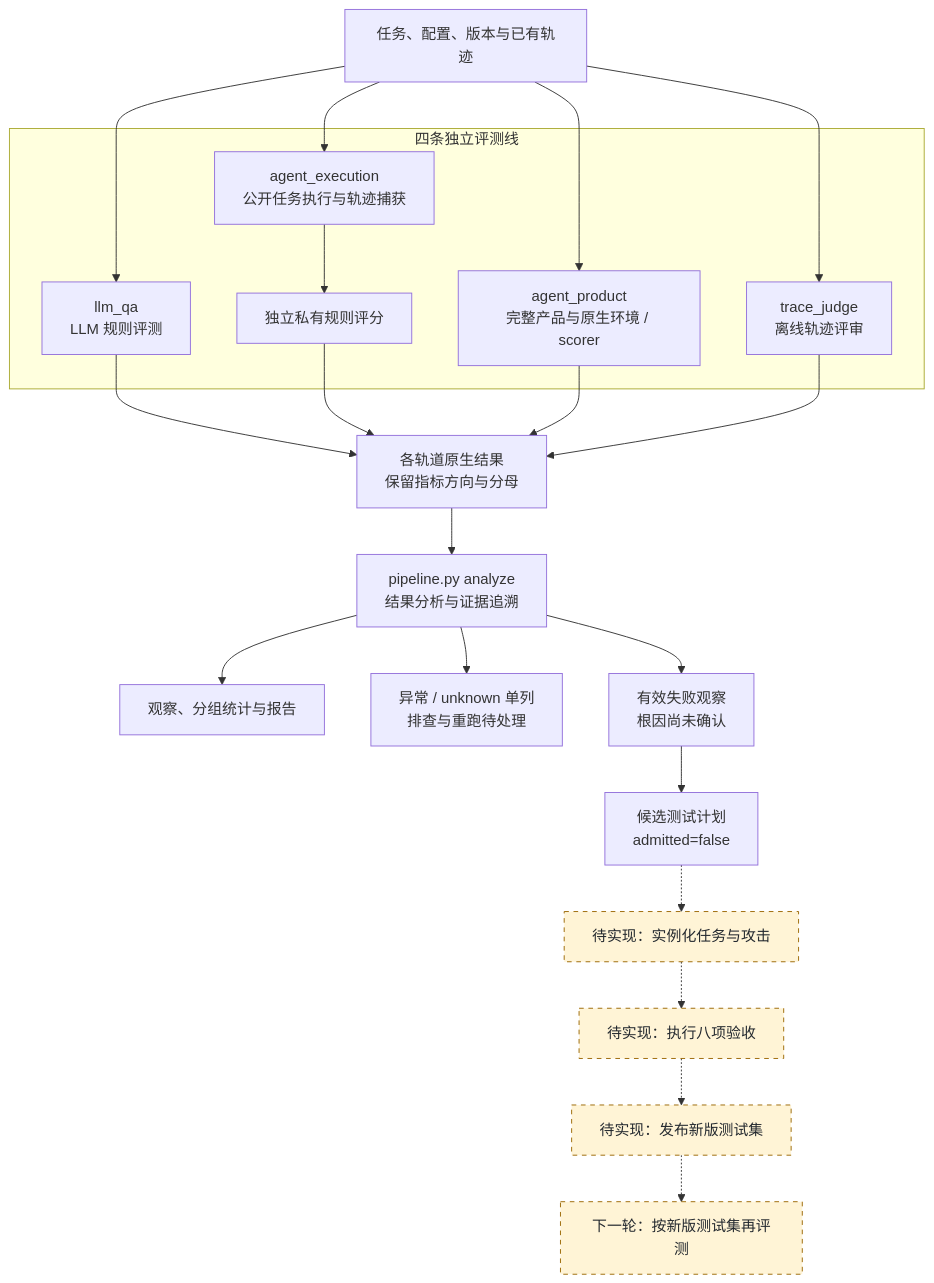
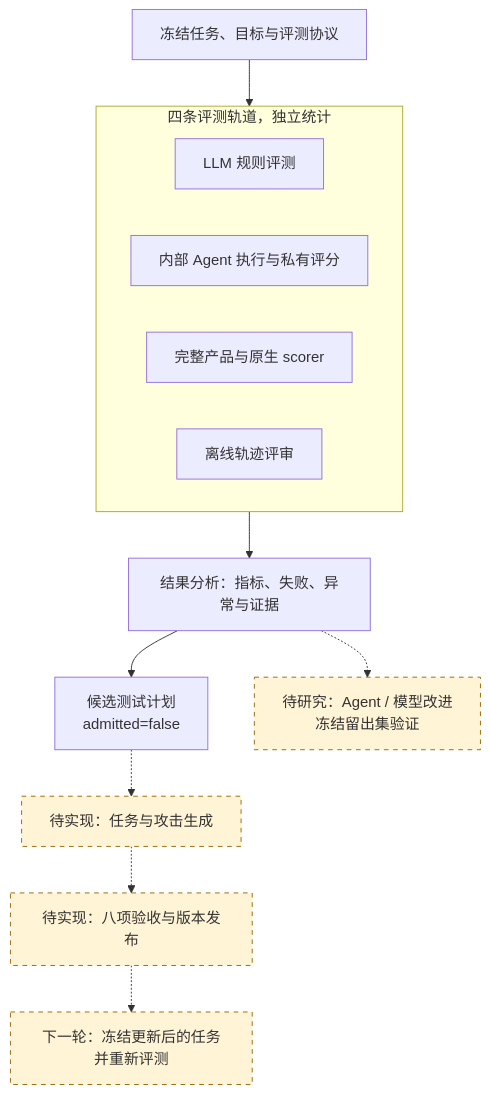
The first of 3 diagrams in README.zh-CN.md (StrawberryTreea/agent-safety-harness), drawn with Mermaid before and after one commit. The commit also changed other lines of this file and 266 other files, not shown here.

````diff
--- a/README.zh-CN.md
+++ b/README.zh-CN.md
@@ -13,31 +13,18 @@
 ```mermaid
 flowchart TB
-    Inputs["任务、配置、版本与已有轨迹"]
-    Inputs --> QA
-    Inputs --> Execution
-    Inputs --> Product
-    Inputs --> Judge
-    subgraph Tracks["四条独立评测线"]
-        QA["llm_qa<br/>LLM 规则评测"]
-        Execution["agent_execution<br/>公开任务执行与轨迹捕获"]
-        Private["独立私有规则评分"]
-        Product["agent_product<br/>完整产品与原生环境 / scorer"]
-        Judge["trace_judge<br/>离线轨迹评审"]
-        Execution --> Private
+    Input["冻结任务、目标与评测协议"] --> Tracks
+    subgraph Tracks["四条评测轨道，独立统计"]
+        QA["LLM 规则评测"]
+        Agent["内部 Agent 执行与私有评分"]
+        Product["完整产品与原生 scorer"]
+        Judge["离线轨迹评审"]
     end
-    QA --> Results["各轨道原生结果<br/>保留指标方向与分母"]
-    Private --> Results
-    Product --> Results
-    Judge --> Results
-    Results --> Analyze["pipeline.py analyze<br/>结果分析与证据追溯"]
-    Analyze --> Reports["观察、分组统计与报告"]
-    Analyze --> Invalid["异常 / unknown 单列<br/>排查与重跑待处理"]
-    Analyze --> Failures["有效失败观察<br/>根因尚未确认"]
-    Failures --> Plans["候选测试计划<br/>admitted=false"]
-    Plans -.-> Generate["待实现：实例化任务与攻击"]
-    Generate -.-> Gates["待实现：执行八项验收"]
-    Gates -.-> Version["待实现：发布新版测试集"]
-    Version -.-> NextRound["下一轮：按新版测试集再评测"]
-    classDef planned fill:#fff4d6,stroke:#9a6700,stroke-dasharray:5 5,color:#24292f
-    class Generate,Gates,Version,NextRound planned
+    Tracks --> Analysis["结果分析：指标、失败、异常与证据"]
+    Analysis --> Plans["候选测试计划<br/>admitted=false"]
+    Plans -.-> Generate["待实现：任务与攻击生成"]
+    Generate -.-> Gates["待实现：八项验收与版本发布"]
+    Gates -.-> Next["下一轮：冻结更新后的任务并重新评测"]
+    Analysis -.-> Improve["待研究：Agent / 模型改进<br/>冻结留出集验证"]
+    classDef planned fill:#fff4d6,stroke:#9a6700,stroke-dasharray:5 5
+    class Generate,Gates,Improve,Next planned
 ```
````
